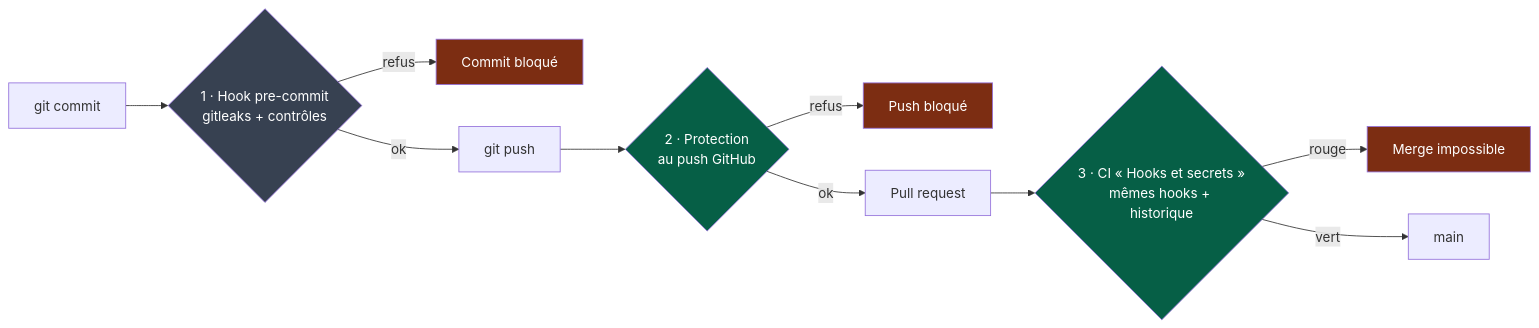
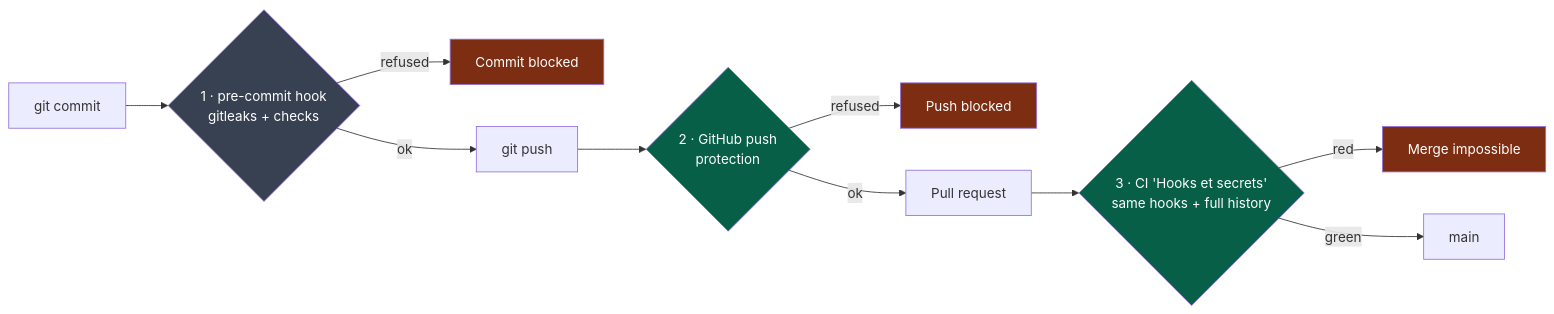
One commit to NapkinStack/engineering-os changed the diagram in skeleton/CONTRIBUTING.md. Above: the diagram before and after it, drawn with Mermaid. The commit also changed other lines of this file and 87 other files, not shown here.

````diff
--- a/skeleton/CONTRIBUTING.md
+++ b/skeleton/CONTRIBUTING.md
@@ -13,17 +13,17 @@
 ```mermaid
 flowchart LR
-    C["git commit"] --> H{"1 · Hook pre-commit<br/>gitleaks + contrôles"}
-    H -->|refus| X1["Commit bloqué"]
-    H -->|ok| P["git push"] --> PP{"2 · Protection<br/>au push GitHub"}
-    PP -->|refus| X2["Push bloqué"]
-    PP -->|ok| PR["Pull request"] --> CI{"3 · CI « Hooks et secrets »<br/>mêmes hooks + historique"}
-    CI -->|rouge| X3["Merge impossible"]
-    CI -->|vert| M["main"]
+    C["git commit"] --> H{"1 · pre-commit hook<br/>gitleaks + checks"}
+    H -->|refused| X1["Commit blocked"]
+    H -->|ok| P["git push"] --> PP{"2 · GitHub push<br/>protection"}
+    PP -->|refused| X2["Push blocked"]
+    PP -->|ok| PR["Pull request"] --> CI{"3 · CI 'Hooks et secrets'<br/>same hooks + full history"}
+    CI -->|red| X3["Merge impossible"]
+    CI -->|green| M["main"]
 
     classDef local fill:#374151,color:#fff
-    classDef serveur fill:#065f46,color:#fff
-    classDef arret fill:#7c2d12,color:#fff
+    classDef server fill:#065f46,color:#fff
+    classDef stop fill:#7c2d12,color:#fff
     class H local
-    class PP,CI serveur
-    class X1,X2,X3 arret
+    class PP,CI server
+    class X1,X2,X3 stop
 ```
````
